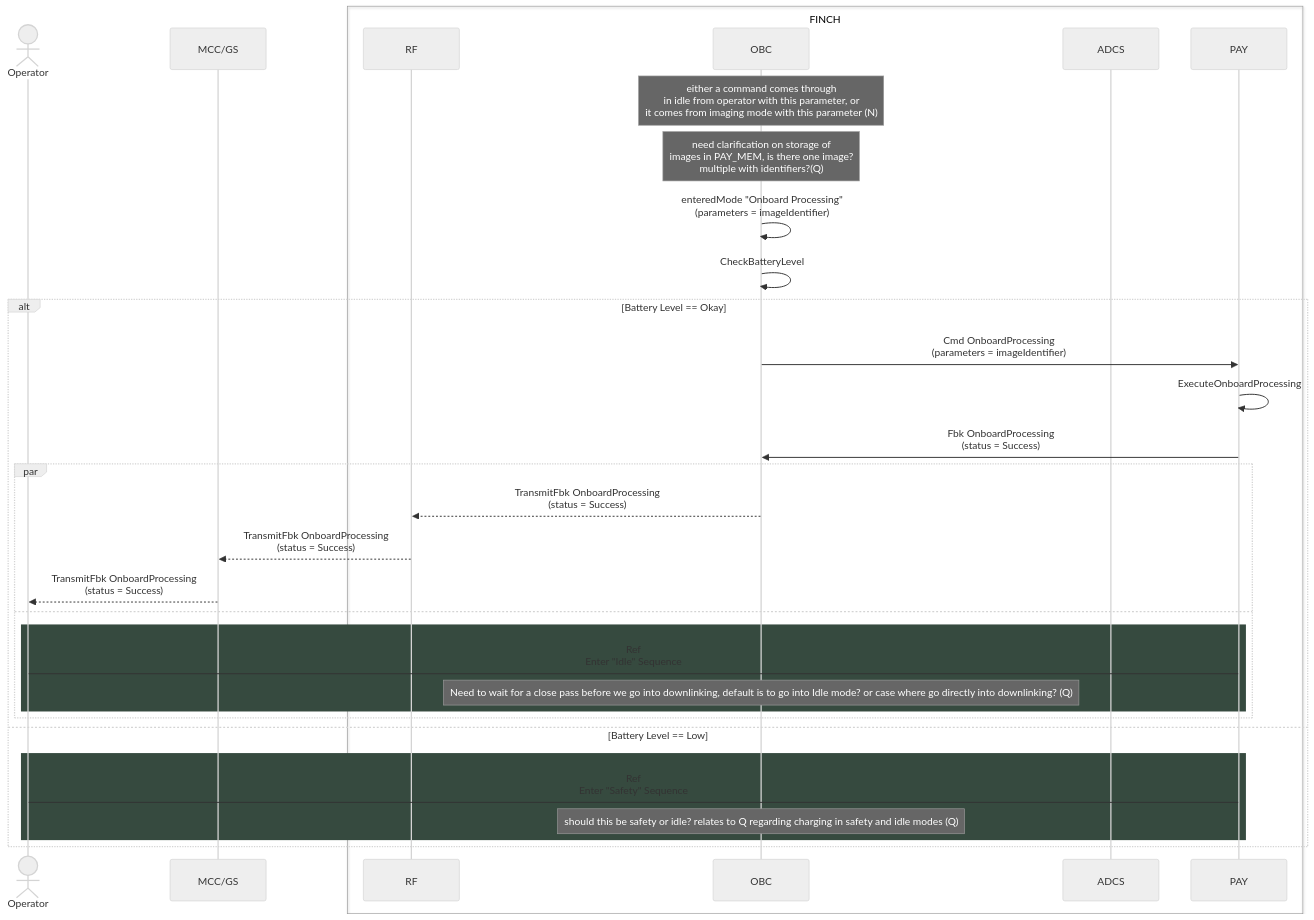
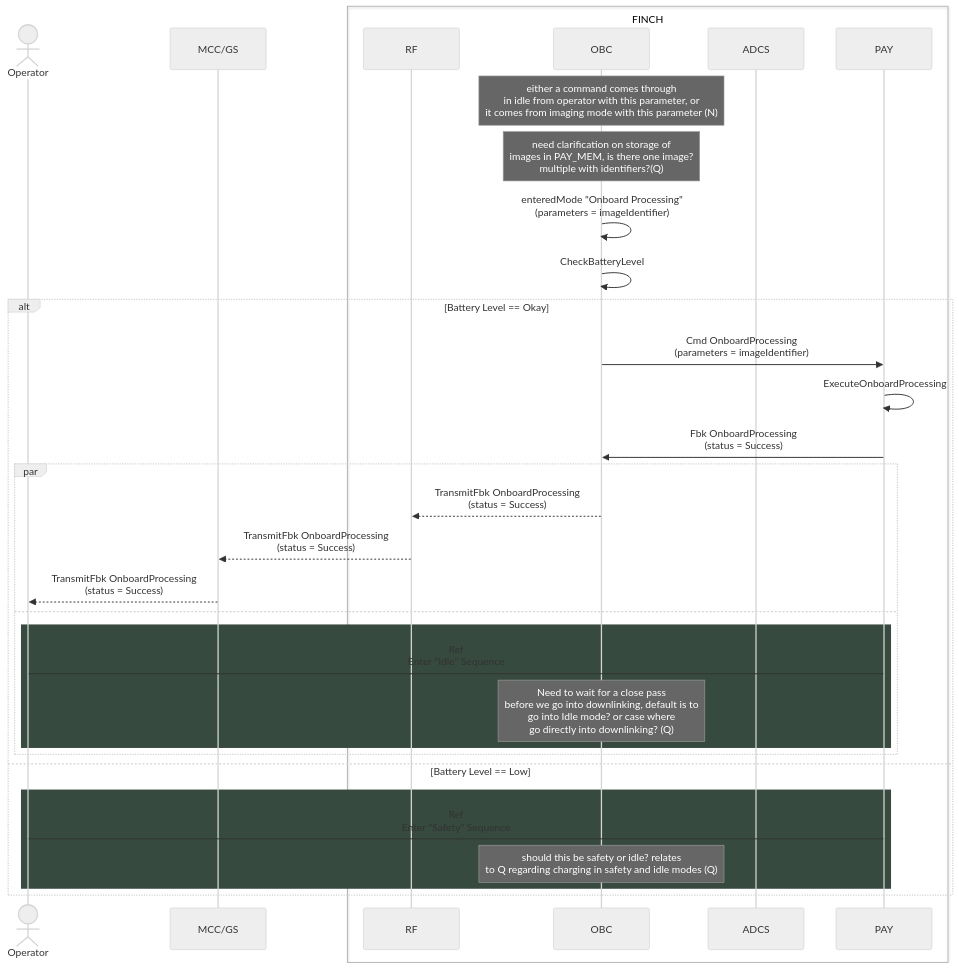
Before and after one commit to Addy-lit/FINCH-system-architecture: the diagram in command sequences/onboard-processing-command.md, drawn with Mermaid (neutral theme).

````diff
--- a/command sequences/onboard-processing-command.md
+++ b/command sequences/onboard-processing-command.md
@@ -2,39 +2,39 @@
 ```mermaid
 
 sequenceDiagram
     Actor Operator
     participant MCC/GS
     box FINCH
         participant RF
         participant OBC
         participant ADCS
         participant PAY
     end
 
 	note over OBC: either a command comes through <br> in idle from operator with this parameter, or <br> it comes from imaging mode with this parameter (N)
 	note over OBC: need clarification on storage of <br> images in PAY_MEM, is there one image? <br> multiple with identifiers?(Q)
 	OBC ->> OBC: enteredMode "Onboard Processing" <br> (parameters = imageIdentifier)
 
     OBC ->> OBC: CheckBatteryLevel
     alt Battery Level == Okay
         OBC ->> PAY: Cmd OnboardProcessing <br> (parameters = imageIdentifier)
         PAY ->> PAY: ExecuteOnboardProcessing
         PAY ->> OBC: Fbk OnboardProcessing <br> (status = Success)
       
         par
             OBC -->> RF: TransmitFbk OnboardProcessing <br> (status = Success)
             RF -->> MCC/GS: TransmitFbk OnboardProcessing <br> (status = Success)
             MCC/GS -->> Operator: TransmitFbk OnboardProcessing <br> (status = Success)
         and
             rect rgb(54,74,63)
       	        Operator -> PAY: Ref <br/> Enter "Idle" Sequence
-                note over OBC: Need to wait for a close pass before we go into downlinking, default is to go into Idle mode? or case where go directly into downlinking? (Q)
+                note over OBC: Need to wait for a close pass <br> before we go into downlinking, default is to <br> go into Idle mode? or case where <br> go directly into downlinking? (Q)
             end
         end
     else Battery Level ==  Low
         rect rgb(54,74,63)
 	        Operator -> PAY: Ref <br/> Enter "Safety" Sequence
-            note over OBC: should this be safety or idle? relates to Q regarding charging in safety and idle modes (Q)
+            note over OBC: should this be safety or idle? relates <br> to Q regarding charging in safety and idle modes (Q)
         end
     end
 ```
````
